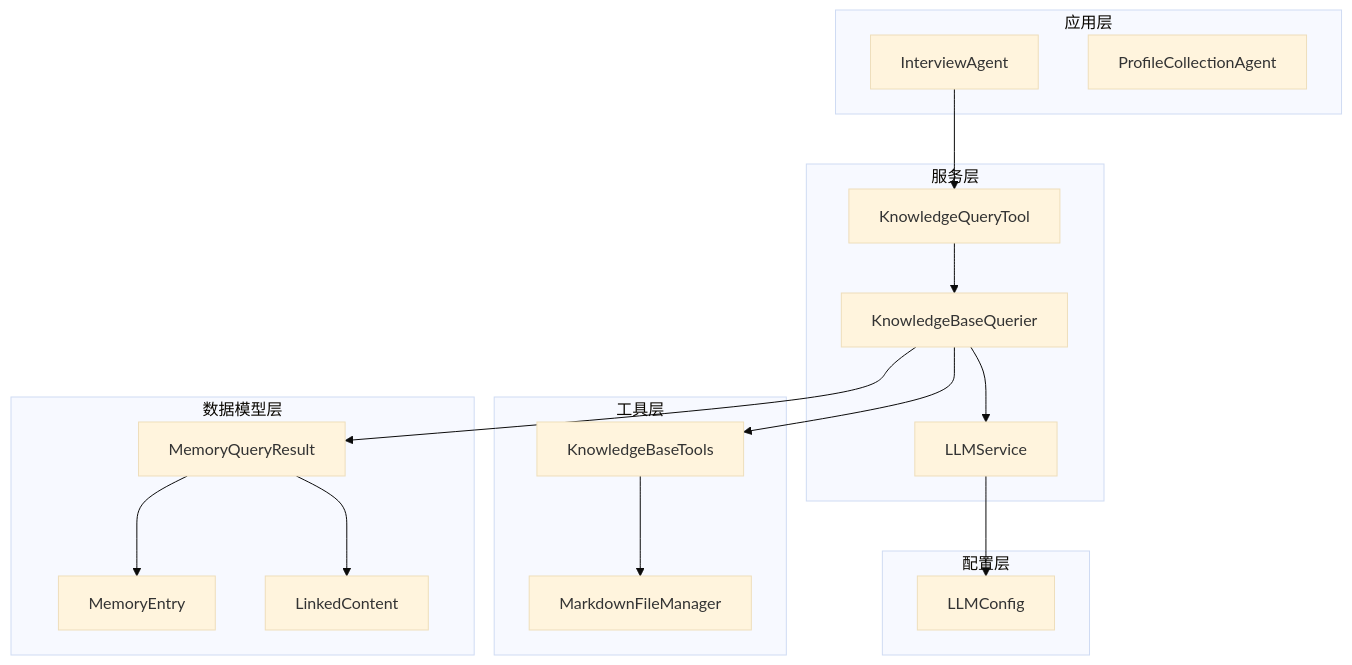
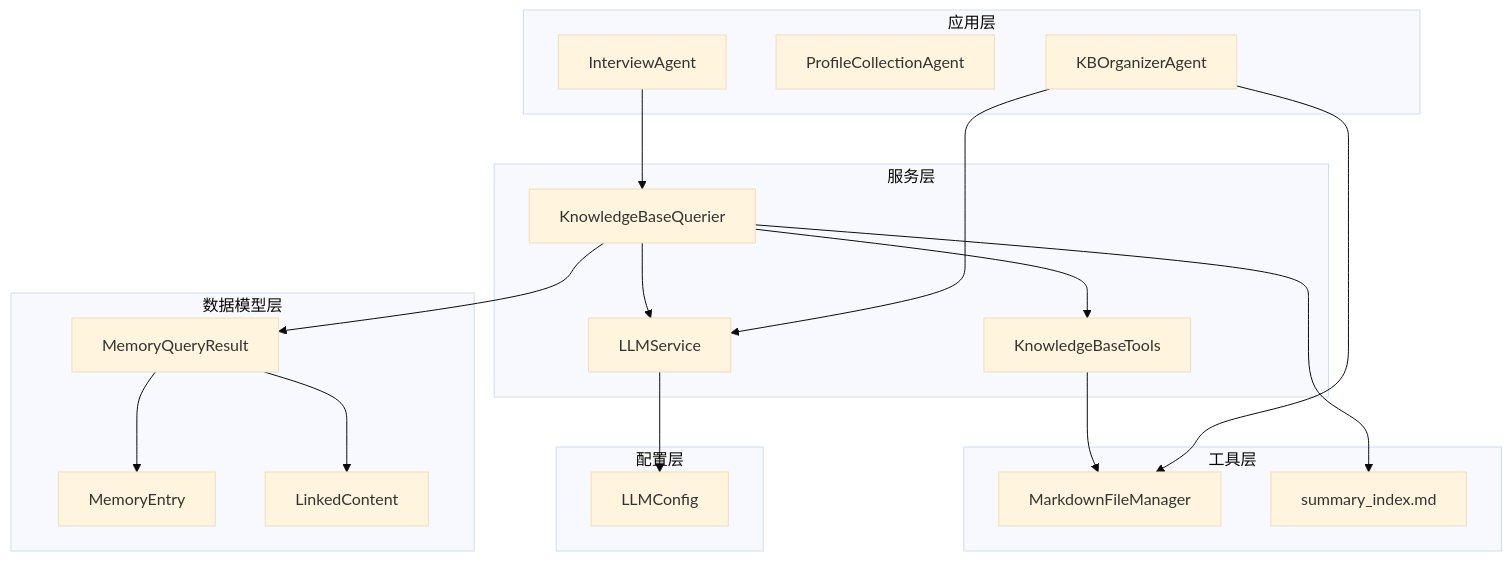
The first of 8 diagrams in .qoder/repowiki/zh/content/知识库系统/知识库查询机制.md (WangYiKai1017/zizuan), drawn with Mermaid (base theme) before and after one commit. The commit also changed other lines of this file and 7 other files, not shown here.

````diff
--- a/.qoder/repowiki/zh/content/知识库系统/知识库查询机制.md
+++ b/.qoder/repowiki/zh/content/知识库系统/知识库查询机制.md
@@ -37,33 +48,36 @@
 ```mermaid
 graph TB
 subgraph "应用层"
 IA[InterviewAgent]
 PQA[ProfileCollectionAgent]
+KBO[KBOrganizerAgent]
 end
 subgraph "服务层"
 KBQ[KnowledgeBaseQuerier]
 LLM[LLMService]
-MQT[KnowledgeQueryTool]
+KBT[KnowledgeBaseTools]
 end
 subgraph "工具层"
-KBT[KnowledgeBaseTools]
 MFM[MarkdownFileManager]
+SUM[summary_index.md]
 end
 subgraph "数据模型层"
 MQR[MemoryQueryResult]
 ME[MemoryEntry]
 LC[LinkedContent]
 end
 subgraph "配置层"
 LLMCFG[LLMConfig]
 end
-IA --> MQT
-MQT --> KBQ
+IA --> KBQ
 KBQ --> KBT
 KBQ --> LLM
 KBT --> MFM
+KBQ --> SUM
 KBQ --> MQR
 MQR --> ME
 MQR --> LC
 LLM --> LLMCFG
+KBO --> LLM
+KBO --> MFM
 ```
````
